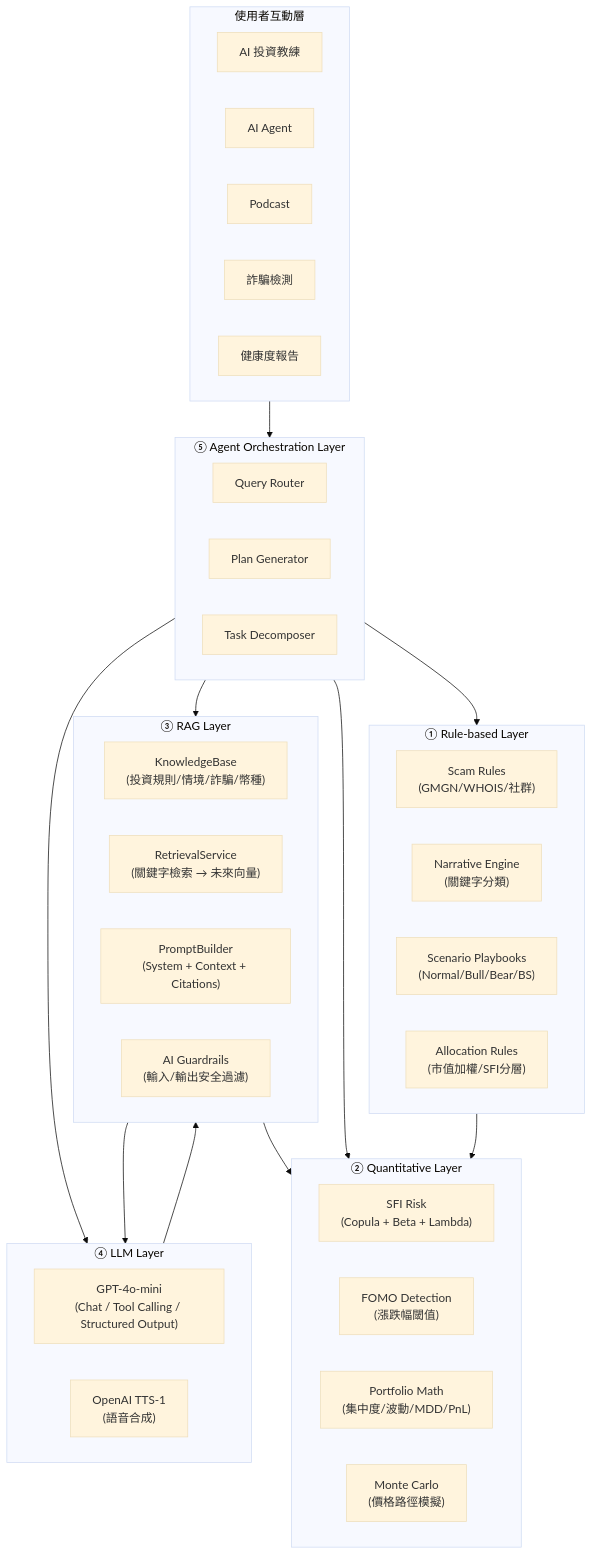
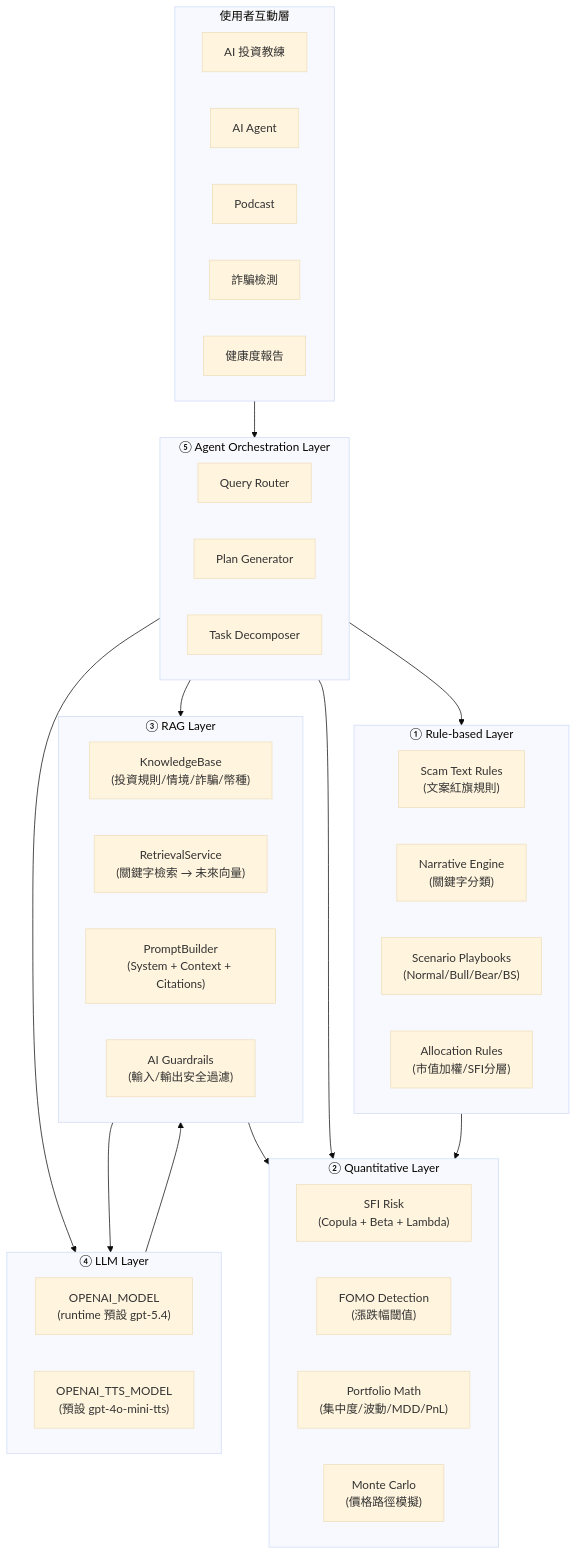
One commit to ziii-11246083/cip changed the diagram in docs/15-AI系統總架構.md. Above: the diagram before and after it, drawn with Mermaid (base theme). The commit also changed other lines of this file and 66 other files, not shown here.

````diff
--- a/docs/15-AI系統總架構.md
+++ b/docs/15-AI系統總架構.md
@@ -7,52 +7,52 @@
 ```mermaid
 flowchart TB
     subgraph UserLayer["使用者互動層"]
         Chat["AI 投資教練"]
         Agent["AI Agent"]
         Podcast["Podcast"]
         Scam["詐騙檢測"]
         Health["健康度報告"]
     end
 
     subgraph Orchestration["⑤ Agent Orchestration Layer"]
         Router["Query Router"]
         PlanGen["Plan Generator"]
         TaskDecomp["Task Decomposer"]
     end
 
     subgraph LLM["④ LLM Layer"]
-        GPT["GPT-4o-mini<br/>(Chat / Tool Calling / Structured Output)"]
-        TTS["OpenAI TTS-1<br/>(語音合成)"]
+        GPT["OPENAI_MODEL<br/>(runtime 預設 gpt-5.4)"]
+        TTS["OPENAI_TTS_MODEL<br/>(預設 gpt-4o-mini-tts)"]
     end
 
     subgraph RAG["③ RAG Layer"]
         KB["KnowledgeBase<br/>(投資規則/情境/詐騙/幣種)"]
         Retrieval["RetrievalService<br/>(關鍵字檢索 → 未來向量)"]
         PromptBuild["PromptBuilder<br/>(System + Context + Citations)"]
         Guard["AI Guardrails<br/>(輸入/輸出安全過濾)"]
     end
 
     subgraph Quant["② Quantitative Layer"]
         SFI["SFI Risk<br/>(Copula + Beta + Lambda)"]
         FOMO["FOMO Detection<br/>(漲跌幅閾值)"]
         Portfolio["Portfolio Math<br/>(集中度/波動/MDD/PnL)"]
         MC["Monte Carlo<br/>(價格路徑模擬)"]
     end
 
     subgraph Rule["① Rule-based Layer"]
-        ScamRules["Scam Rules<br/>(GMGN/WHOIS/社群)"]
+        ScamRules["Scam Text Rules<br/>(文案紅旗規則)"]
         Narratives["Narrative Engine<br/>(關鍵字分類)"]
         Scenario["Scenario Playbooks<br/>(Normal/Bull/Bear/BS)"]
         Allocation["Allocation Rules<br/>(市值加權/SFI分層)"]
     end
 
     UserLayer --> Orchestration
     Orchestration --> LLM
     Orchestration --> RAG
     RAG --> LLM
     LLM --> RAG
     RAG --> Quant
     Orchestration --> Quant
     Orchestration --> Rule
     Rule --> Quant
 ```
````
